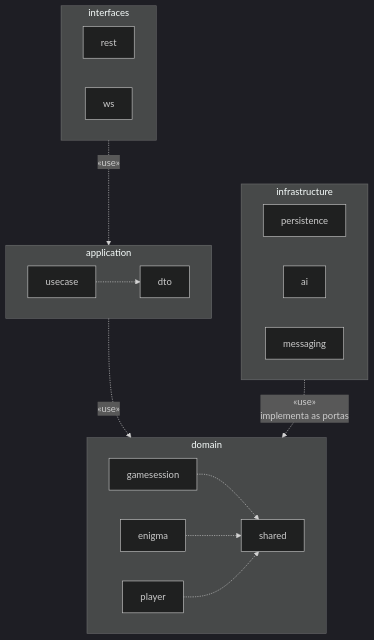
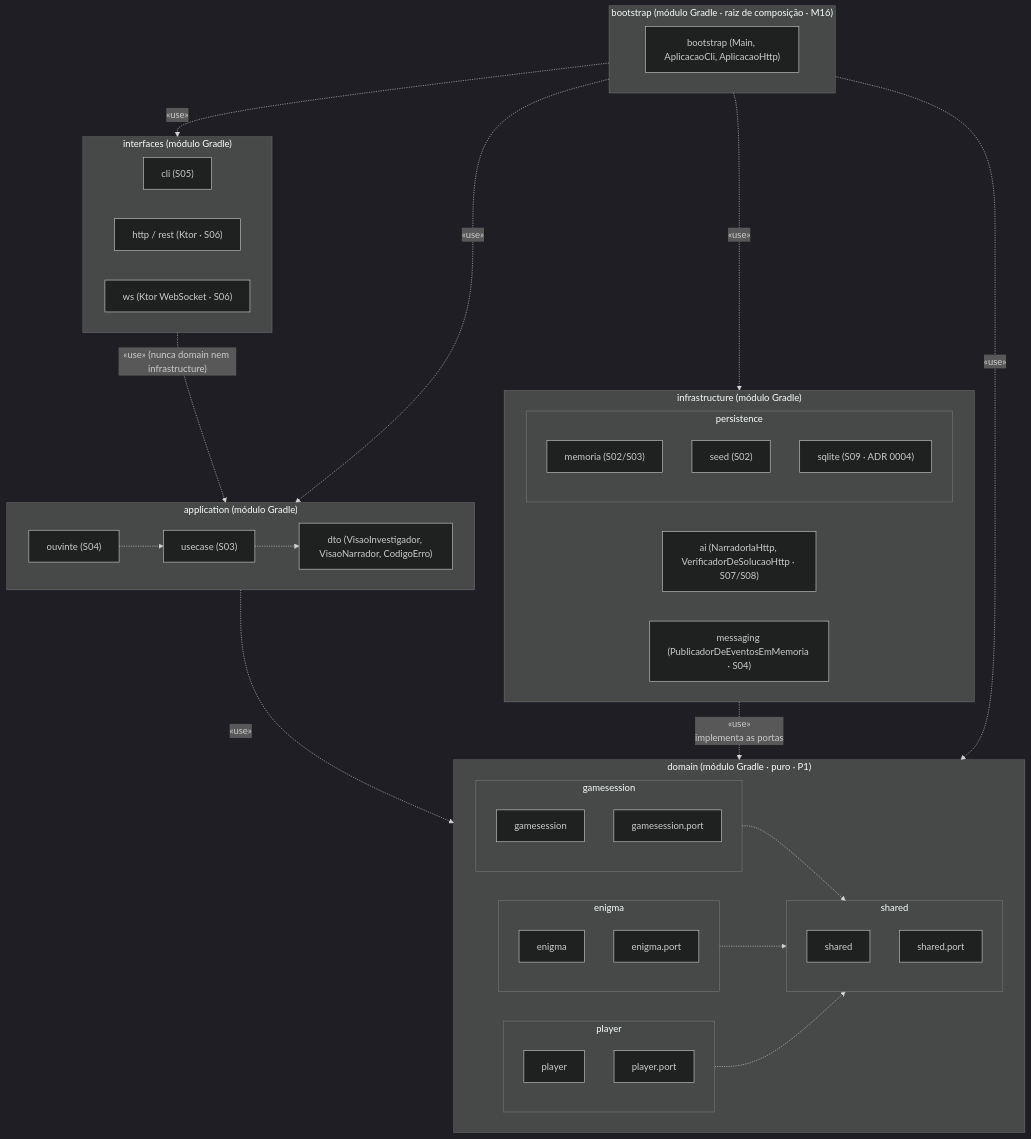
One commit to Dtma20/que-bug-e-esse changed the diagram in docs/diagramas/pacotes.md. Above: the diagram before and after it, drawn with Mermaid (dark theme). The commit also changed other lines of this file and 18 other files, not shown here.

Commit message:
Docs: atualiza M1 concluido, diagramas Mermaid e specs S06-S09

````diff
--- a/docs/diagramas/pacotes.md
+++ b/docs/diagramas/pacotes.md
@@ -10,30 +10,62 @@
 ```mermaid
 flowchart TB
-    subgraph interfaces["interfaces"]
-        rest["rest"]
-        ws["ws"]
+    subgraph bootstrap["bootstrap (módulo Gradle · raiz de composição · M16)"]
+        bootMain["bootstrap (Main, AplicacaoCli, AplicacaoHttp)"]
     end
-    subgraph application["application"]
-        usecase["usecase"]
-        dto["dto"]
+
+    subgraph interfaces["interfaces (módulo Gradle)"]
+        cli["cli (S05)"]
+        http["http / rest (Ktor · S06)"]
+        ws["ws (Ktor WebSocket · S06)"]
     end
-    subgraph infrastructure["infrastructure"]
-        persistence["persistence"]
-        ai["ai"]
-        messaging["messaging"]
+
+    subgraph application["application (módulo Gradle)"]
+        usecase["usecase (S03)"]
+        dto["dto (VisaoInvestigador, VisaoNarrador, CodigoErro)"]
+        ouvinte["ouvinte (S04)"]
     end
-    subgraph domain["domain"]
-        gamesession["gamesession"]
-        enigma["enigma"]
-        player["player"]
-        shared["shared"]
+
+    subgraph infrastructure["infrastructure (módulo Gradle)"]
+        subgraph persistence["persistence"]
+            persMem["memoria (S02/S03)"]
+            persSeed["seed (S02)"]
+            persSqlite["sqlite (S09 · ADR 0004)"]
+        end
+        ai["ai (NarradorIaHttp, VerificadorDeSolucaoHttp · S07/S08)"]
+        messaging["messaging (PublicadorDeEventosEmMemoria · S04)"]
+    end
+
+    subgraph domain["domain (módulo Gradle · puro · P1)"]
+        subgraph gsPkg["gamesession"]
+            gs["gamesession"]
+            gsPort["gamesession.port"]
+        end
+        subgraph enPkg["enigma"]
+            en["enigma"]
+            enPort["enigma.port"]
+        end
+        subgraph plPkg["player"]
+            pl["player"]
+            plPort["player.port"]
+        end
+        subgraph shPkg["shared"]
+            sh["shared"]
+            shPort["shared.port"]
+        end
     end
 
     usecase -.-> dto
-    gamesession -.-> shared
-    enigma -.-> shared
-    player -.-> shared
-    interfaces -.->|«use»| application
-    application -.->|«use»| domain
+    ouvinte -.-> usecase
+    gsPkg -.-> shPkg
+    enPkg -.-> shPkg
+    plPkg -.-> shPkg
+
+    interfaces -.->|"«use» (nunca domain nem infrastructure)"| application
+    application -.->|"«use»"| domain
     infrastructure -.->|"«use»<br/>implementa as portas"| domain
+
+    bootstrap -.->|"«use»"| interfaces
+    bootstrap -.->|"«use»"| application
+    bootstrap -.->|"«use»"| infrastructure
+    bootstrap -.->|"«use»"| domain
 ```
````
